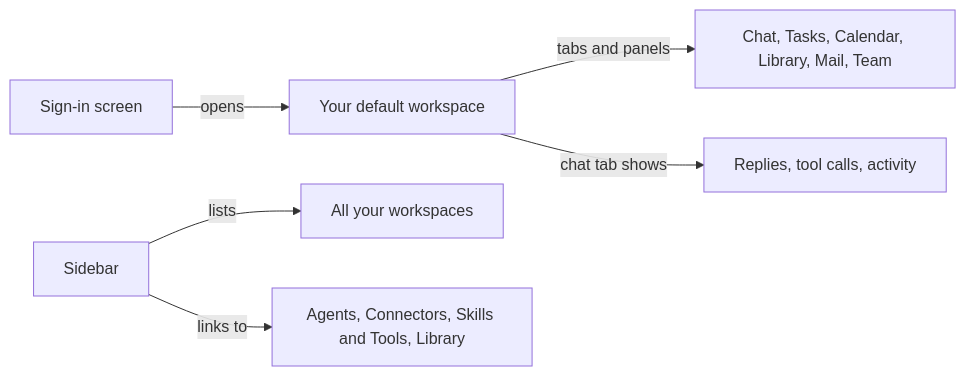
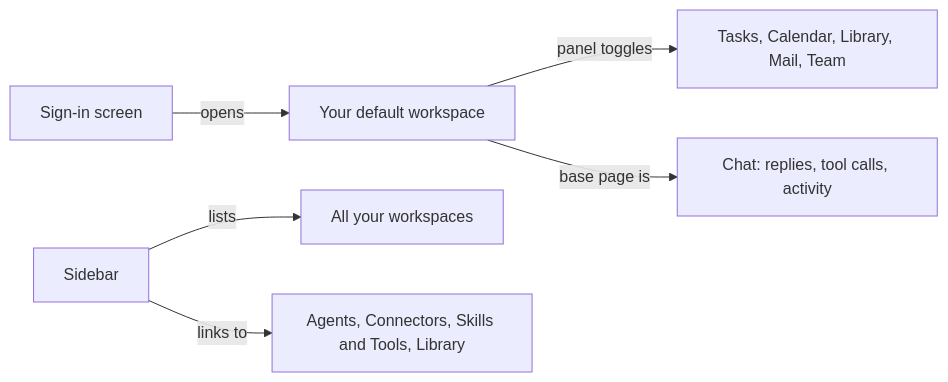
Before and after one commit to elicify-ai/omnipus: the diagram in docs/using-omnipus-ui.md, drawn with Mermaid. The commit also changed other lines of this file and 3 other files, not shown here.

````diff
--- a/docs/using-omnipus-ui.md
+++ b/docs/using-omnipus-ui.md
@@ -11,8 +11,8 @@
 ```mermaid
 flowchart LR
   SignIn[Sign-in screen] -->|opens| Workspace[Your default workspace]
   Bar[Sidebar] -->|lists| Workspaces[All your workspaces]
   Bar -->|links to| Screens[Agents, Connectors, Skills and Tools, Library]
-  Workspace -->|tabs and panels| Tabs[Chat, Tasks, Calendar, Library, Mail, Team]
-  Workspace -->|chat tab shows| Chat[Replies, tool calls, activity]
+  Workspace -->|panel toggles| Panels[Tasks, Calendar, Library, Mail, Team]
+  Workspace -->|base page is| Chat[Chat: replies, tool calls, activity]
 ```
````
